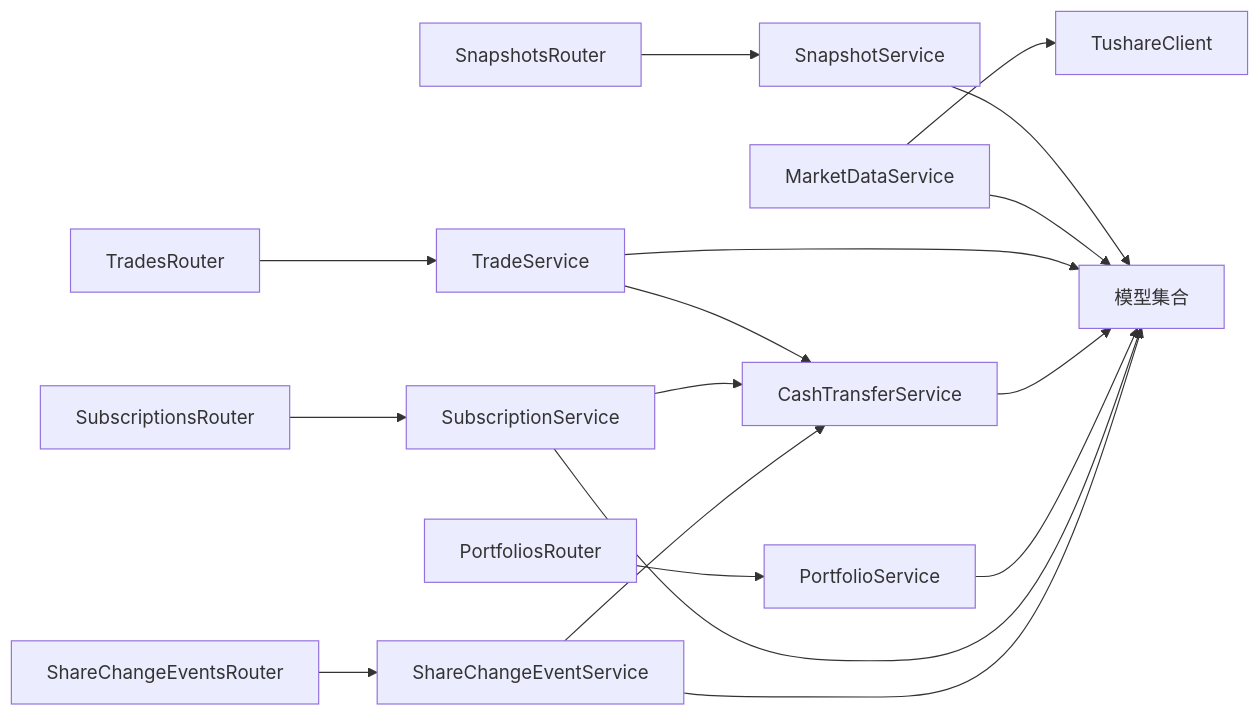
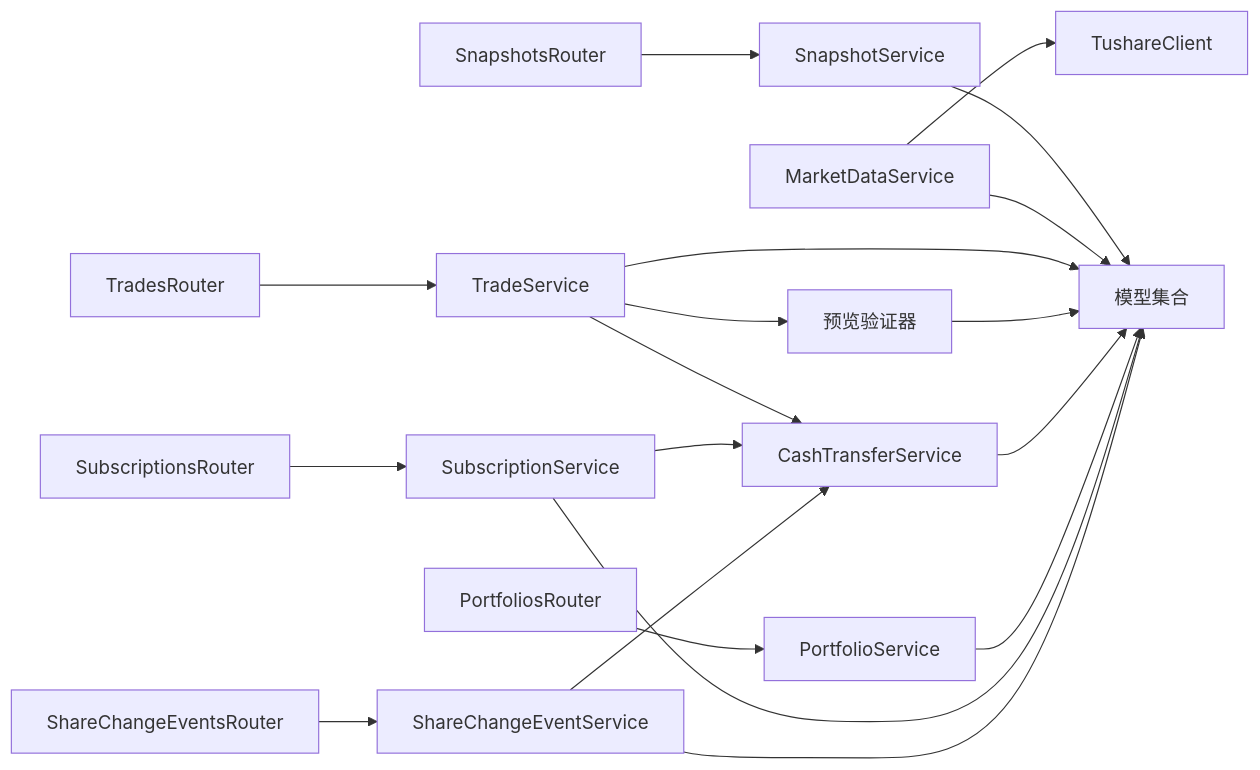
Before and after one commit to gujialind/InvestRing: diagram 14 of 14 in .qoder/repowiki/zh/content/核心业务功能/核心业务功能.md, drawn with Mermaid. The commit also changed other lines of this file and 19 other files, not shown here.

````diff
--- a/.qoder/repowiki/zh/content/核心业务功能/核心业务功能.md
+++ b/.qoder/repowiki/zh/content/核心业务功能/核心业务功能.md
@@ -656,19 +725,21 @@
 ```mermaid
 graph LR
 SnapSvc["SnapshotService"] --> Models["模型集合"]
 MarketSvc["MarketDataService"] --> Tushare["TushareClient"]
 MarketSvc --> Models
 TradesRouter["TradesRouter"] --> TradeSvc["TradeService"]
 TradeSvc --> Models
 TradeSvc --> CashSvc["CashTransferService"]
+TradeSvc --> PreviewSvc["预览验证器"]
+PreviewSvc --> Models
 CashSvc --> Models
 PortfoliosRouter["PortfoliosRouter"] --> PortfolioSvc["PortfolioService"]
 PortfolioSvc --> Models
 SnapshotsRouter["SnapshotsRouter"] --> SnapSvc
 SubscriptionsRouter["SubscriptionsRouter"] --> SubSvc["SubscriptionService"]
 SubSvc --> Models
 SubSvc --> CashSvc
 ShareChangeEventsRouter["ShareChangeEventsRouter"] --> EventSvc["ShareChangeEventService"]
 EventSvc --> Models
 EventSvc --> CashSvc
 ```
````
